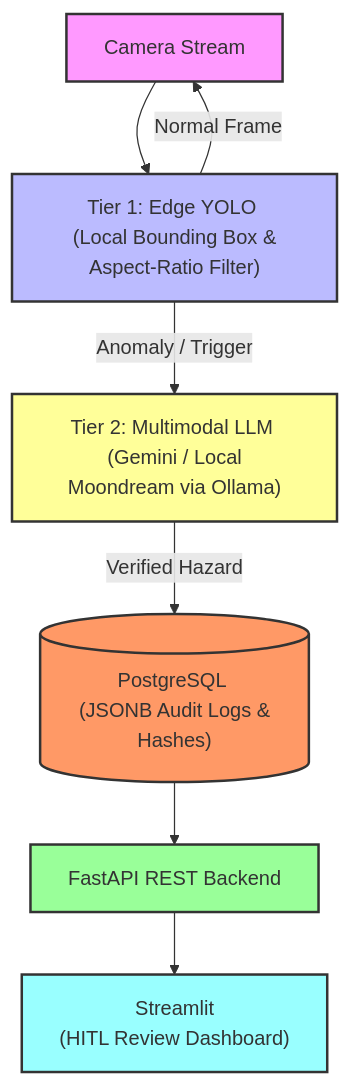
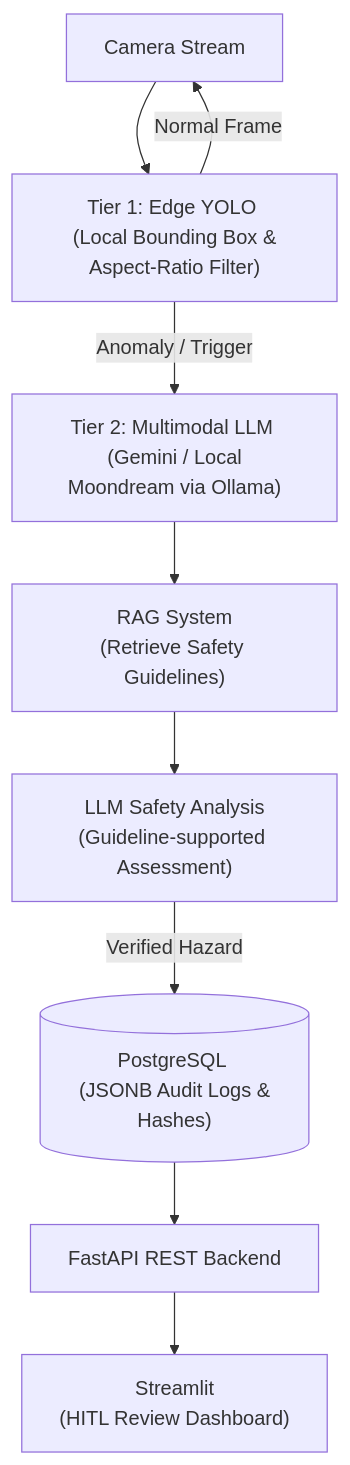
The diagram in README.md (shadowdk3/gazeloop-llm-agent), drawn with Mermaid before and after one commit. The commit also changed other lines of this file and 3 other files, not shown here.

First line of the commit message:
feat(rag): integrate RAG to LLM and display retrieved safety guidelines in HITL dashboard

````diff
--- a/README.md
+++ b/README.md
@@ -14,16 +20,12 @@
 ```mermaid
 graph TD
     A["Camera Stream"] --> B["Tier 1: Edge YOLO <br/> (Local Bounding Box & Aspect-Ratio Filter)"]
     B -- "Anomaly / Trigger" --> C["Tier 2: Multimodal LLM <br/> (Gemini / Local Moondream via Ollama)"]
     B -- "Normal Frame" --> A
-    C -- "Verified Hazard" --> D[("PostgreSQL <br/> (JSONB Audit Logs & Hashes)")]
+    C --> G["RAG System<br/>(Retrieve Safety Guidelines)"]
+    G --> H["LLM Safety Analysis<br/>(Guideline-supported Assessment)"]
+
+    H -- "Verified Hazard" --> D[("PostgreSQL <br/> (JSONB Audit Logs & Hashes)")]
     D --> E["FastAPI REST Backend"]
     E --> F["Streamlit <br/> (HITL Review Dashboard)"]
-
-    style A fill:#f9f,stroke:#333,stroke-width:2px
-    style B fill:#bbf,stroke:#333,stroke-width:2px
-    style C fill:#ff9,stroke:#333,stroke-width:2px
-    style D fill:#f96,stroke:#333,stroke-width:2px
-    style E fill:#9f9,stroke:#333,stroke-width:2px
-    style F fill:#9ff,stroke:#333,stroke-width:2px
 ```
````
